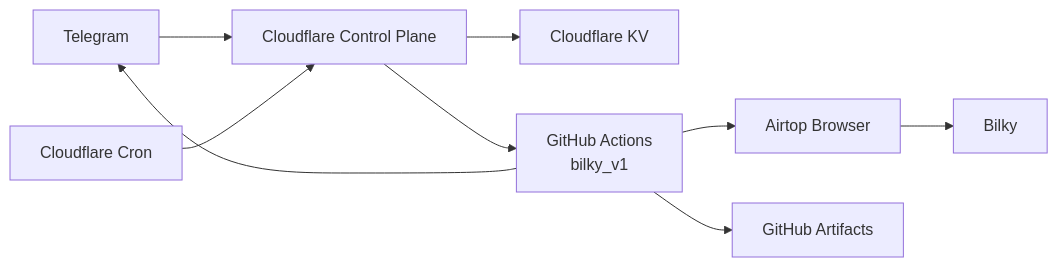
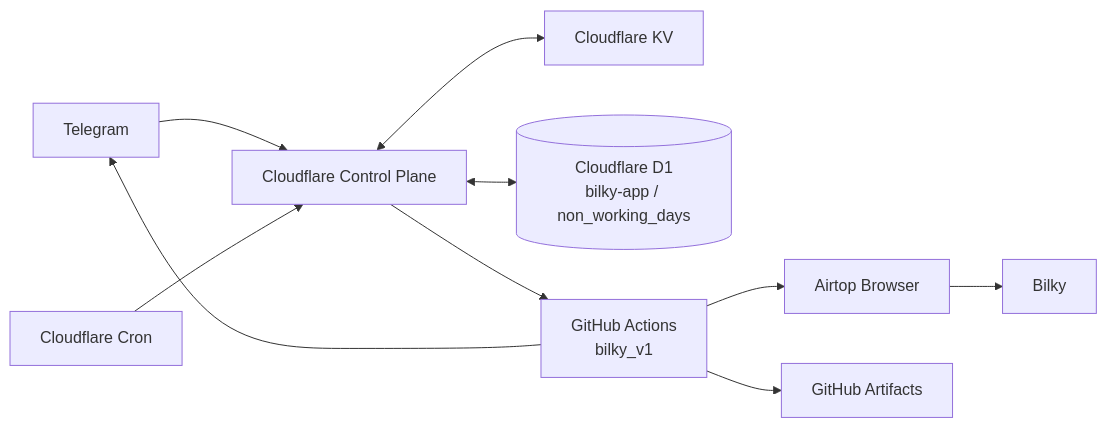
Before and after one commit to nikmad-ops/bilky_v1: the first of 4 diagrams in docs/bilky-v4.1-multi-user-architecture.md, drawn with Mermaid. The commit also changed other lines of this file, not shown here.

Commit message:
docs: document D1 non-working day calendar

````diff
--- a/docs/bilky-v4.1-multi-user-architecture.md
+++ b/docs/bilky-v4.1-multi-user-architecture.md
@@ -309,11 +339,12 @@
 ```mermaid
 flowchart LR
     TG[Telegram] --> CF[Cloudflare Control Plane]
     CRON[Cloudflare Cron] --> CF
-    CF --> KV[Cloudflare KV]
+    CF <--> KV[Cloudflare KV]
+    CF <--> D1[(Cloudflare D1<br/>bilky-app / non_working_days)]
     CF --> GH[GitHub Actions<br/>bilky_v1]
     GH --> AT[Airtop Browser]
     AT --> BK[Bilky]
     GH --> ART[GitHub Artifacts]
     GH --> TG
 ```
````
